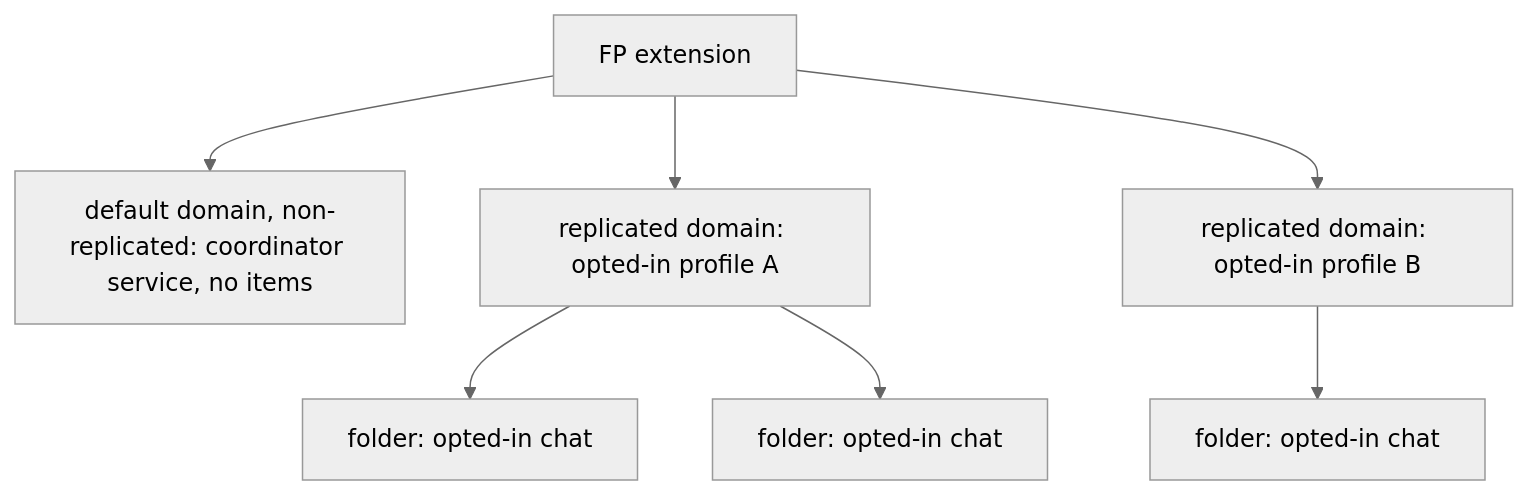
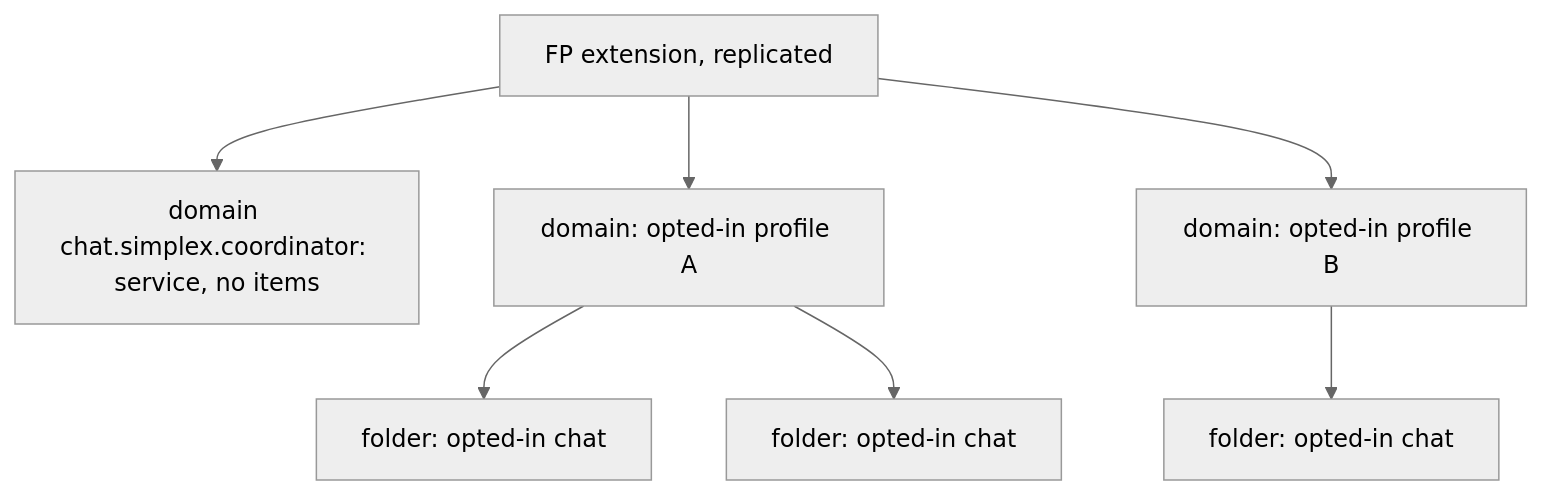
The eighth of 9 diagrams in plans/2026-11-22-ios-file-provider-coordinator.md (evgeny-simplex/simplex-chat), drawn with Mermaid (neutral theme) before and after one commit. The commit also changed other lines of this file, not shown here.

Commit message:
ios: plan one delivery of the File Provider coordinator, journal mode kept

````diff
--- a/plans/2026-11-22-ios-file-provider-coordinator.md
+++ b/plans/2026-11-22-ios-file-provider-coordinator.md
@@ -419,9 +483,9 @@
 ```mermaid
 flowchart TB
-  X[FP extension] --> D0[default domain, non-replicated: coordinator service, no items]
-  X --> P1[replicated domain: opted-in profile A]
-  X --> P2[replicated domain: opted-in profile B]
+  X[FP extension, replicated] --> D0[domain chat.simplex.coordinator: service, no items]
+  X --> P1[domain: opted-in profile A]
+  X --> P2[domain: opted-in profile B]
   P1 --> C1[folder: opted-in chat]
   P1 --> C2[folder: opted-in chat]
   P2 --> C3[folder: opted-in chat]
 ```
````
